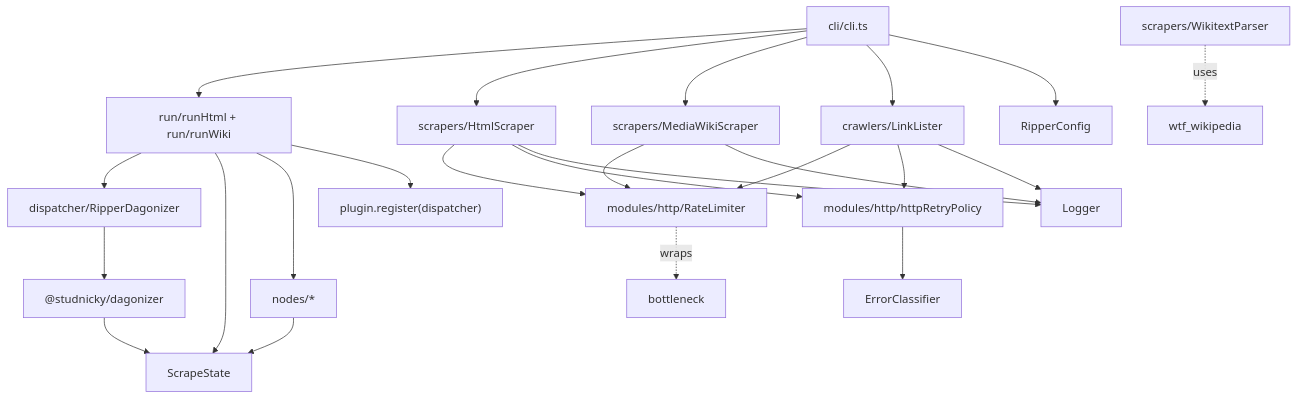
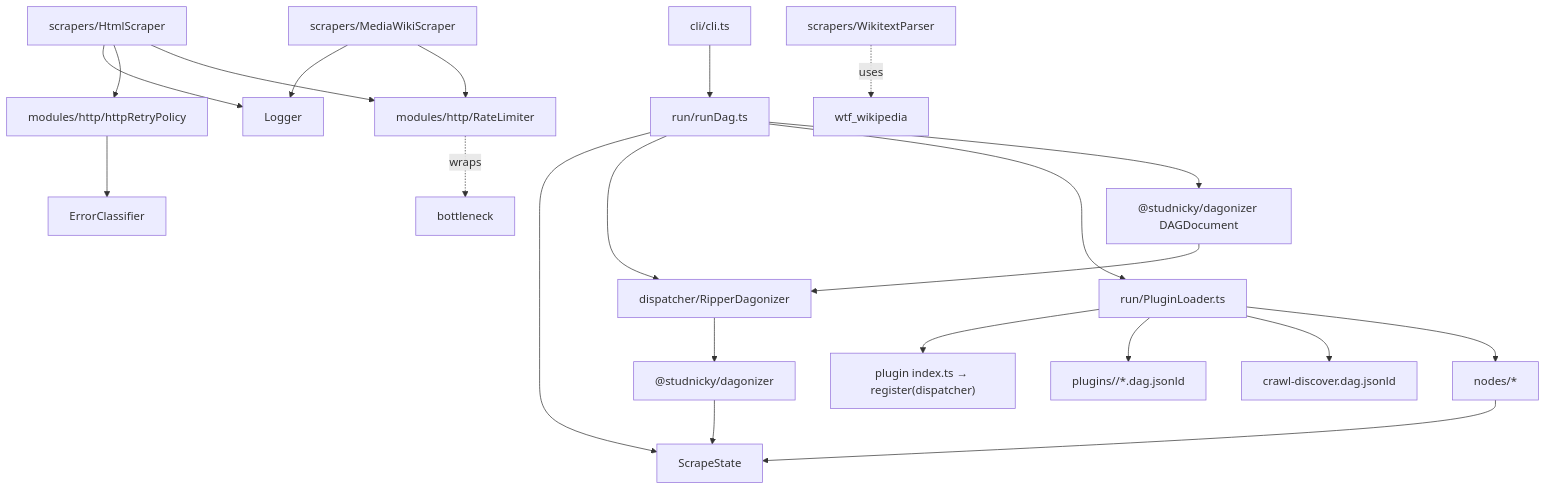
One commit to Studnicky/PathRipper changed the first of 5 diagrams in docs/architecture.md. Above: the diagram before and after it, drawn with Mermaid. The commit also changed other lines of this file and 32 other files, not shown here.

First line of the commit message:
docs: rewrite to the native DAG+state model; regenerate diagrams

````diff
--- a/docs/architecture.md
+++ b/docs/architecture.md
@@ -11,33 +23,32 @@
 ```mermaid
 graph TD
-    CLI[cli/cli.ts] --> RipperRun
-    CLI --> HtmlScraper
-    CLI --> MediaWikiScraper
-    CLI --> LinkLister
-    CLI --> RipperConfig
+    CLI[cli/cli.ts] --> RunDag
 
-    RipperRun[run/runHtml + run/runWiki] --> RipperDagonizer
-    RipperRun --> ScrapeState
-    RipperRun --> BuiltinNodes
-    RipperRun --> PluginRegister["plugin.register(dispatcher)"]
+    RunDag[run/runDag.ts] --> DAGDocument
+    RunDag --> PluginLoader
+    RunDag --> RipperDagonizer
+    RunDag --> ScrapeState
+
+    PluginLoader[run/PluginLoader.ts] --> BuiltinNodes
+    PluginLoader --> CrawlDiscoverDAG["crawl-discover.dag.jsonld"]
+    PluginLoader --> PluginDagJsonld["plugins/<ns>/*.dag.jsonld"]
+    PluginLoader --> PluginRegister["plugin index.ts → register(dispatcher)"]
+
+    DAGDocument["@studnicky/dagonizer DAGDocument"] --> RipperDagonizer
 
     RipperDagonizer[dispatcher/RipperDagonizer] --> Dagonizer
     Dagonizer["@studnicky/dagonizer"] --> ScrapeState
 
     BuiltinNodes[nodes/*] --> ScrapeState
 
     HtmlScraper[scrapers/HtmlScraper] --> RateLimiter
     HtmlScraper --> HttpRetryPolicy
     HtmlScraper --> Logger
 
     MediaWikiScraper[scrapers/MediaWikiScraper] --> RateLimiter
     MediaWikiScraper --> Logger
     WikitextParser[scrapers/WikitextParser] -.uses.-> wtf_wikipedia
 
-    LinkLister[crawlers/LinkLister] --> RateLimiter
-    LinkLister --> HttpRetryPolicy
-    LinkLister --> Logger
-
     HttpRetryPolicy[modules/http/httpRetryPolicy] --> ErrorClassifier
     RateLimiter[modules/http/RateLimiter] -.wraps.-> bottleneck
 ```
````
